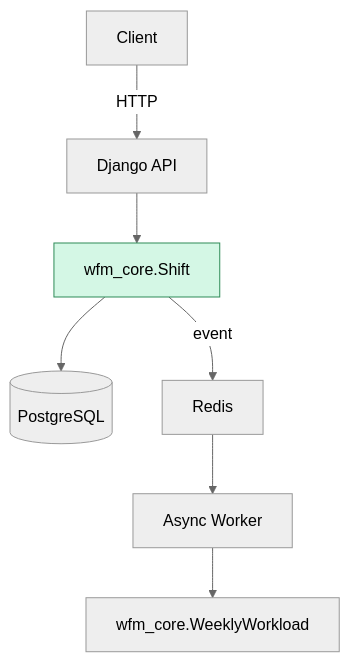
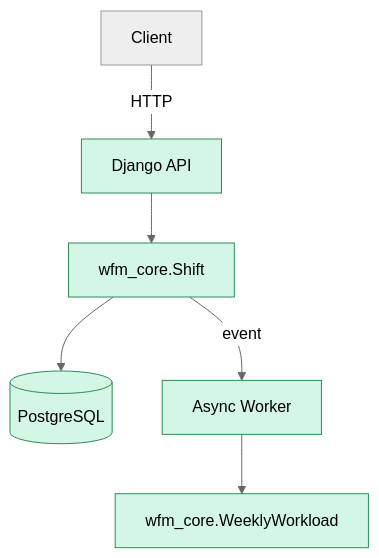
Before and after one commit to globanov/imre: the second of 2 diagrams in README.md, drawn with Mermaid (neutral theme). The commit also changed other lines of this file, not shown here.

Commit message:
docs: update README with architecture diagrams and status

````diff
--- a/README.md
+++ b/README.md
@@ -13,11 +19,14 @@
 ```mermaid
 graph TD
     A[Client] -->|HTTP| B[Django API]
-    B --> C[wfm_core.Shift]
+    B --> C["wfm_core.Shift"]
     C --> D[(PostgreSQL)]
-    C -->|event| E[Redis]
-    E --> F[Async Worker]
-    F --> G[wfm_core.WeeklyWorkload]
-
+    C -->|event| F[Async Worker]
+    F --> G["wfm_core.WeeklyWorkload"]
+    
     style C fill:#d4f7e5,stroke:#2e8b57
+    style G fill:#d4f7e5,stroke:#2e8b57
+    style B fill:#d4f7e5,stroke:#2e8b57
+    style F fill:#d4f7e5,stroke:#2e8b57
+    style D fill:#d4f7e5,stroke:#2e8b57
 ```
````
